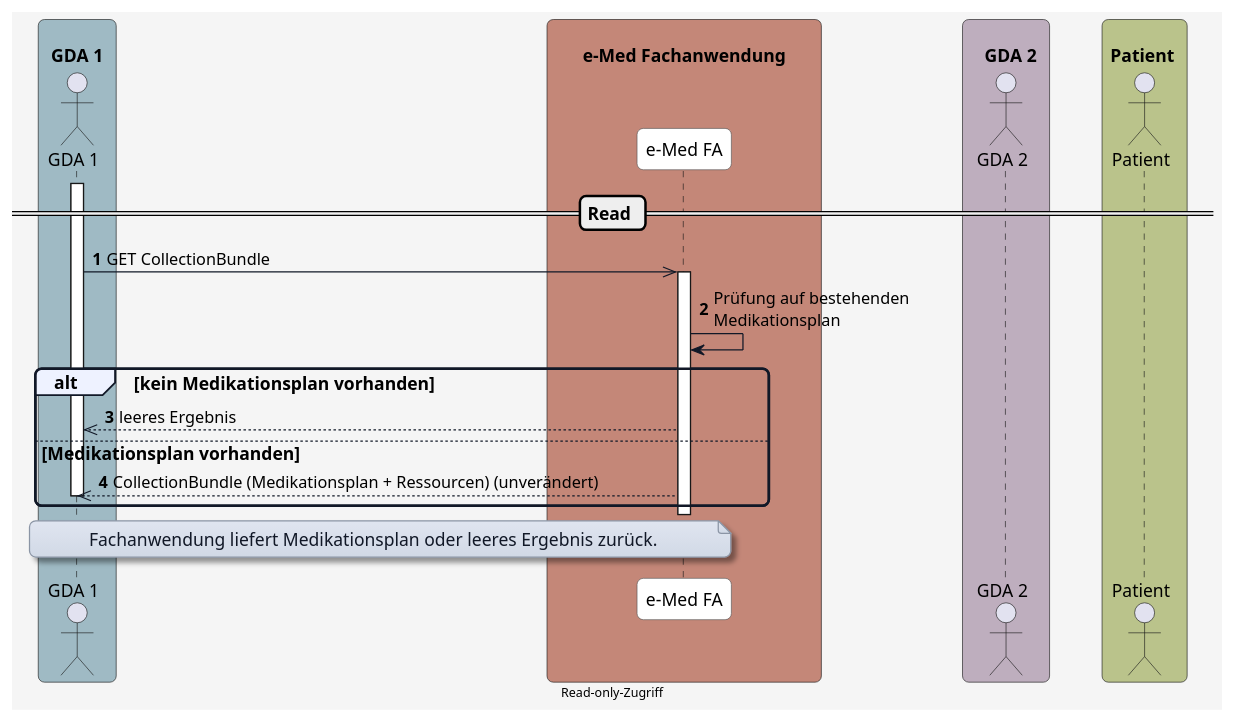
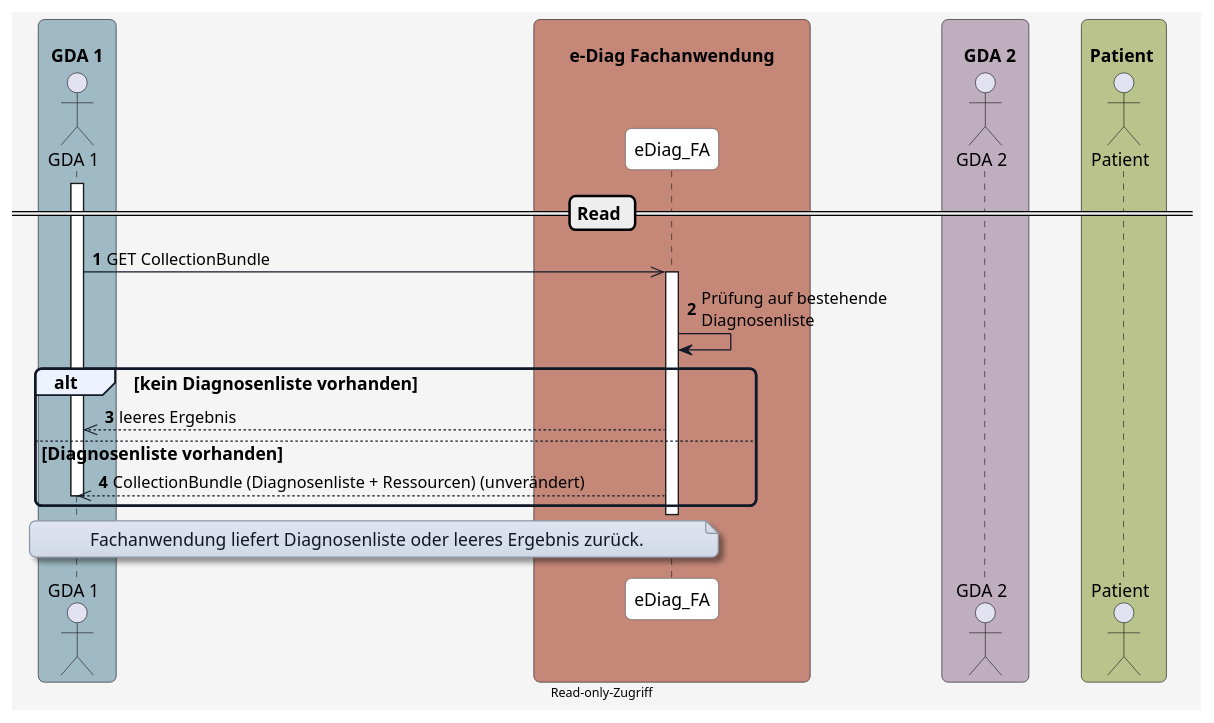
Before and after one commit to HL7Austria/ELGA-e-Diagnose-R4: the diagram in input/images-source/diagram_read.plantuml, drawn with PlantUML. The commit also changed 26 other files, not shown here.

Commit message:
input images plantuml and content

```diff
--- a/input/images-source/diagram_read.plantuml
+++ b/input/images-source/diagram_read.plantuml
@@ -1,81 +1,81 @@
 @startuml
 skinparam borderColor #000000
 skinparam backgroundColor #f5f5f5
 skinparam shadowing false
 skinparam roundCorner 10
 skinparam defaultFontName "Arial"
 skinparam defaultFontSize 14
 skinparam defaultFontColor #000000
 
 skinparam note {
   BackgroundColor #e0e5f0-#d1d9e6
   BorderColor #8b95a5
   BorderThickness 1
   RoundCorner 8
   Padding 6
   FontColor #111827
   Shadowing true
 }
 
 skinparam HyperlinkColor #0000EE
 skinparam HyperlinkUnderline false
 
 skinparam sequence {
   ParticipantBorderColor #555555
   ParticipantBackgroundColor #ffffff
   ParticipantFontColor #000000
   ParticipantFontSize 14
   ParticipantPadding 20
   ArrowColor #111827
   ArrowThickness 1
   ArrowFontColor #000000
   ArrowFontSize 13
   GroupBorderColor #111827
   GroupBackgroundColor #eef2ff
   GroupBorderThickness 2
 }
 
 skinparam BoxPadding 20
 skinparam BoxBorderColor #555555
 
 box "\n  GDA 1  " #9fbac4
   actor GDA_1 as "GDA 1"
 end box
 
-box "\n       e-Med Fachanwendung       " #C48778
-  participant eMed_FA as "e-Med FA"
+box "\n       e-Diag Fachanwendung       " #C48778
+  participant eDiag_FA as "eDiag_FA"
 end box
 
 box "\n    GDA 2  " #beaebe
   actor GDA_2 as "GDA 2"
 end box
 
 box "\n Patient  " #bac38b
   actor Patient as "Patient"
 end box
 
 
 autonumber
 
 == Read ==
 activate GDA_1
-GDA_1 ->> eMed_FA: GET CollectionBundle
+GDA_1 ->> eDiag_FA: GET CollectionBundle
 
-activate eMed_FA
-eMed_FA -> eMed_FA: Prüfung auf bestehenden\nMedikationsplan
+activate eDiag_FA
+eDiag_FA -> eDiag_FA: Prüfung auf bestehende\nDiagnosenliste
 
-alt kein Medikationsplan vorhanden
-  eMed_FA -->> GDA_1: leeres Ergebnis
-else Medikationsplan vorhanden
-  eMed_FA -->> GDA_1: CollectionBundle (Medikationsplan + Ressourcen) (unverändert)
+alt kein Diagnosenliste vorhanden
+  eDiag_FA -->> GDA_1: leeres Ergebnis
+else Diagnosenliste vorhanden
+  eDiag_FA -->> GDA_1: CollectionBundle (Diagnosenliste + Ressourcen) (unverändert)
   deactivate GDA_1
 end
-deactivate eMed_FA
+deactivate eDiag_FA
 
-note over GDA_1, eMed_FA
-Fachanwendung liefert Medikationsplan oder leeres Ergebnis zurück.
+note over GDA_1, eDiag_FA
+Fachanwendung liefert Diagnosenliste oder leeres Ergebnis zurück.
 end note
 
 center footer Read-only-Zugriff
 
 @enduml
```
